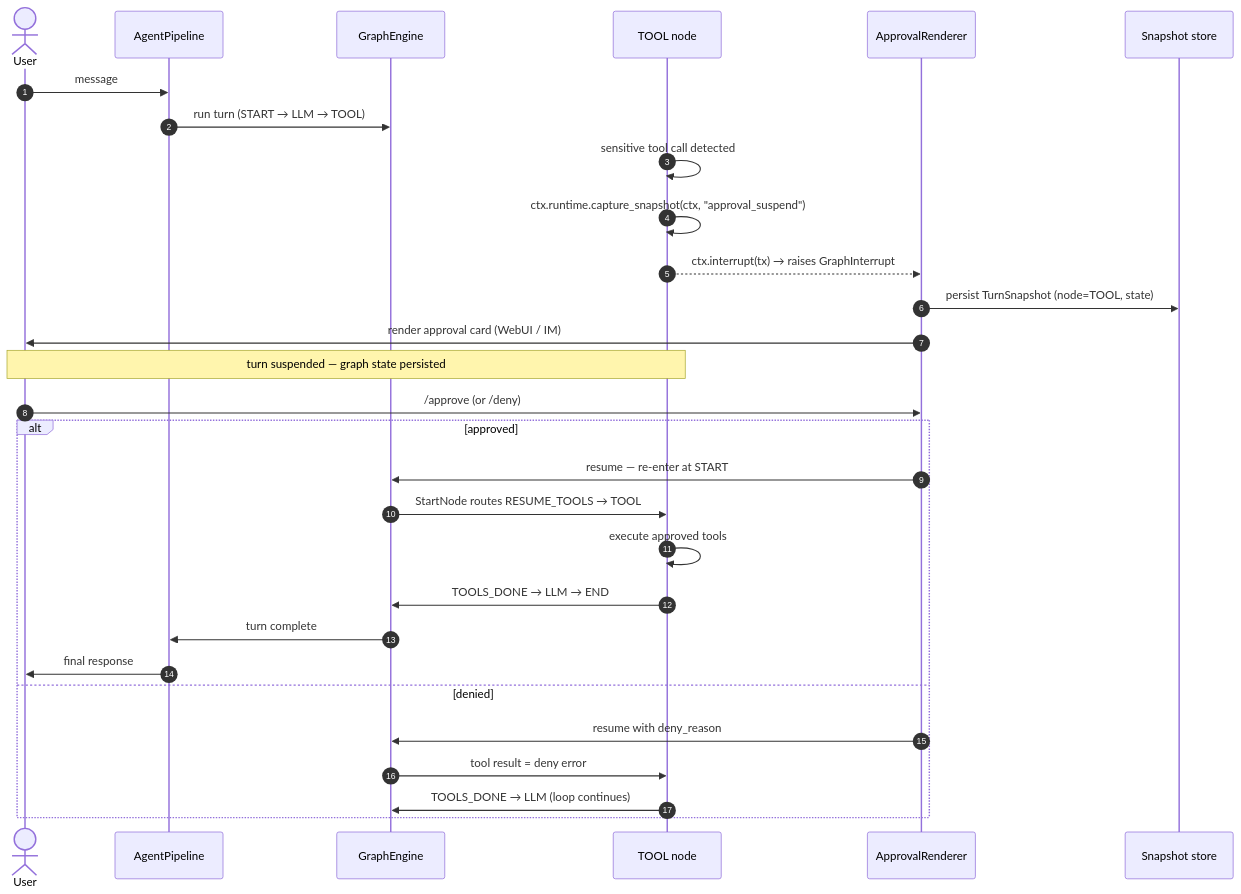
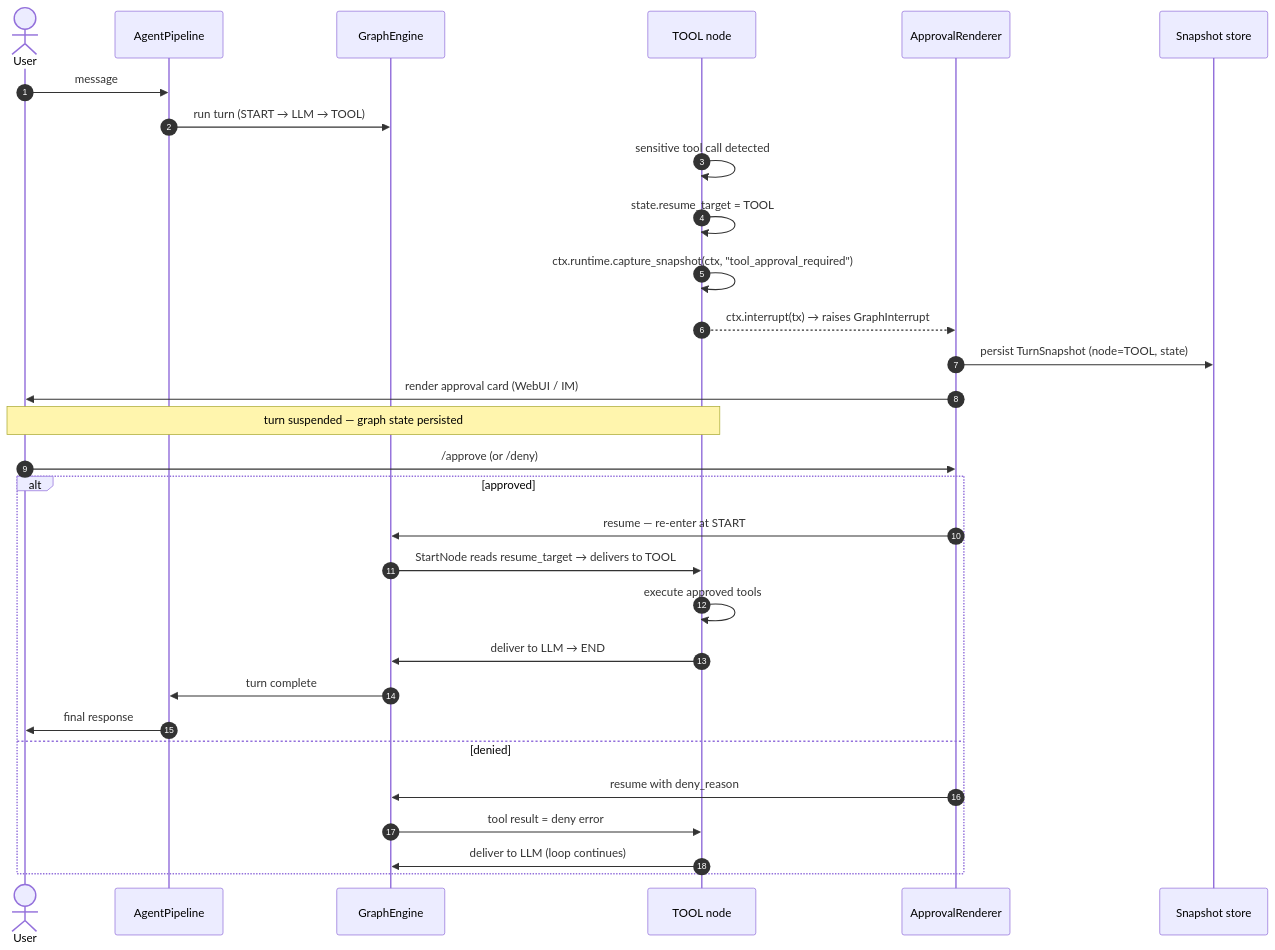
The second of 2 diagrams in docs/docs/concepts/graph-engine.en.md (moyu-er/modex-agent), drawn with Mermaid before and after one commit. The commit also changed other lines of this file and 8 other files, not shown here.

````diff
--- a/docs/docs/concepts/graph-engine.en.md
+++ b/docs/docs/concepts/graph-engine.en.md
@@ -90,32 +193,33 @@
 ```mermaid
 sequenceDiagram
     autonumber
     actor U as User
     participant P as AgentPipeline
     participant G as GraphEngine
     participant T as TOOL node
     participant A as ApprovalRenderer
     participant S as Snapshot store
 
     U->>P: message
     P->>G: run turn (START → LLM → TOOL)
     T->>T: sensitive tool call detected
-    T->>T: ctx.runtime.capture_snapshot(ctx, "approval_suspend")
+    T->>T: state.resume_target = TOOL
+    T->>T: ctx.runtime.capture_snapshot(ctx, "tool_approval_required")
     T-->>A: ctx.interrupt(tx) → raises GraphInterrupt
     A->>S: persist TurnSnapshot (node=TOOL, state)
     A->>U: render approval card (WebUI / IM)
     Note over T,U: turn suspended — graph state persisted
     U->>A: /approve  (or /deny)
     alt approved
         A->>G: resume — re-enter at START
-        G->>T: StartNode routes RESUME_TOOLS → TOOL
+        G->>T: StartNode reads resume_target → delivers to TOOL
         T->>T: execute approved tools
-        T->>G: TOOLS_DONE → LLM → END
+        T->>G: deliver to LLM → END
         G->>P: turn complete
         P->>U: final response
     else denied
         A->>G: resume with deny_reason
         G->>T: tool result = deny error
-        T->>G: TOOLS_DONE → LLM (loop continues)
+        T->>G: deliver to LLM (loop continues)
     end
 ```
````
